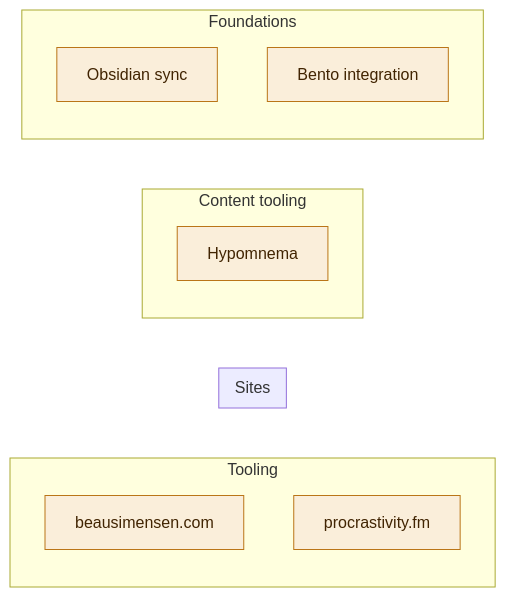
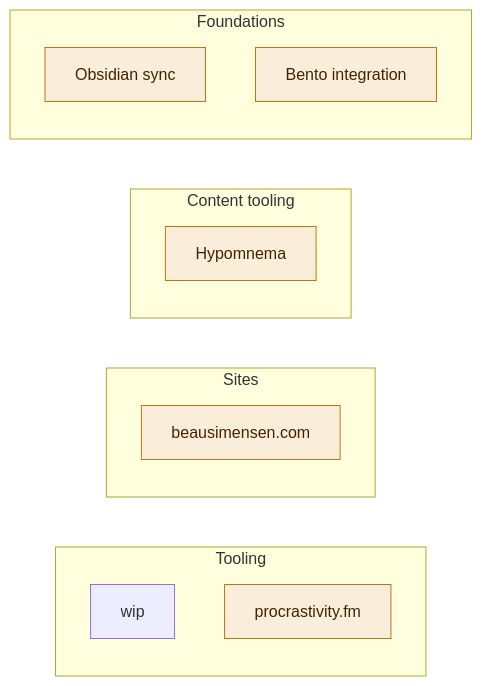
Before and after one commit to simensen/beausimensen-com-content: the diagram in pages/now.md, drawn with Mermaid.

Commit message:
sync 2026-08-15T13:11:01Z

````diff
--- a/pages/now.md
+++ b/pages/now.md
@@ -12,26 +12,26 @@
 ```mermaid
 flowchart LR
     subgraph Tooling
-        beausimensen[beausimensen.com]
+        wip[wip]
         procrastivity[procrastivity.fm]
     end
 
     subgraph Sites
         beausimensen[beausimensen.com]
         procrastivity[procrastivity.fm]
     end
 
     subgraph "Content tooling"
         hypomnema[Hypomnema]
     end
 
     subgraph Foundations
         sync[Obsidian sync]
         bento[Bento integration]
     end
 
     classDef shipped fill:#EAF3DE,stroke:#639922,color:#173404
     classDef active fill:#FAEEDA,stroke:#BA7517,color:#412402
     class gethmn shipped
     class beausimensen,procrastivity,hypomnema,sync,bento active
 ```
````
